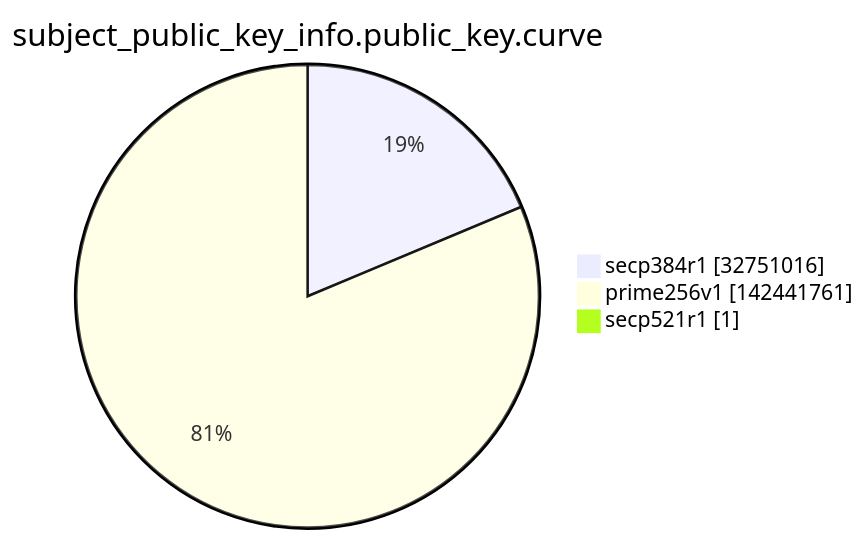
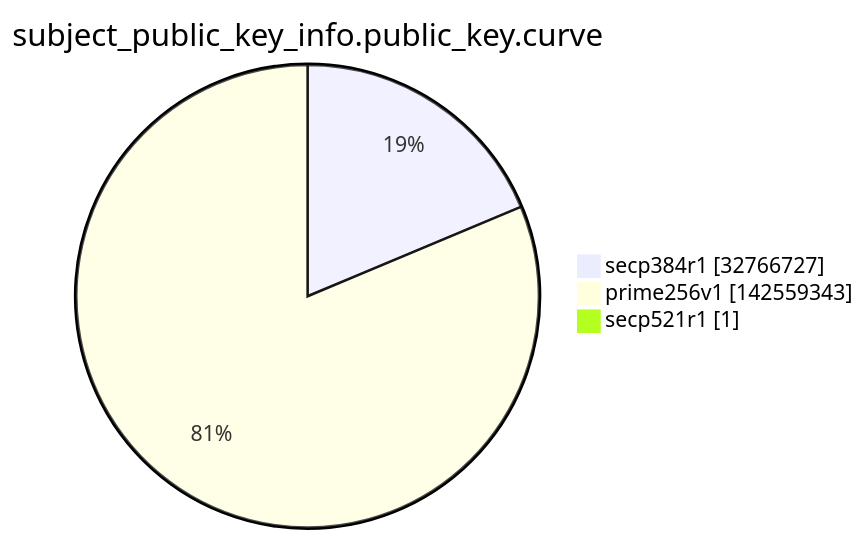
One commit to christiankrug/ctmonitor_visualization changed the ninth of 15 diagrams in argon2022/README.md. Above: the diagram before and after it, drawn with Mermaid. The commit also changed other lines of this file, not shown here.

````diff
--- a/argon2022/README.md
+++ b/argon2022/README.md
@@ -2763,7 +2764,7 @@
 ```mermaid
 pie showData
 title subject_public_key_info.public_key.curve
-"secp384r1" :32751016
-"prime256v1" :142441761
+"secp384r1" :32766727
+"prime256v1" :142559343
 "secp521r1" :1
 ```
````
